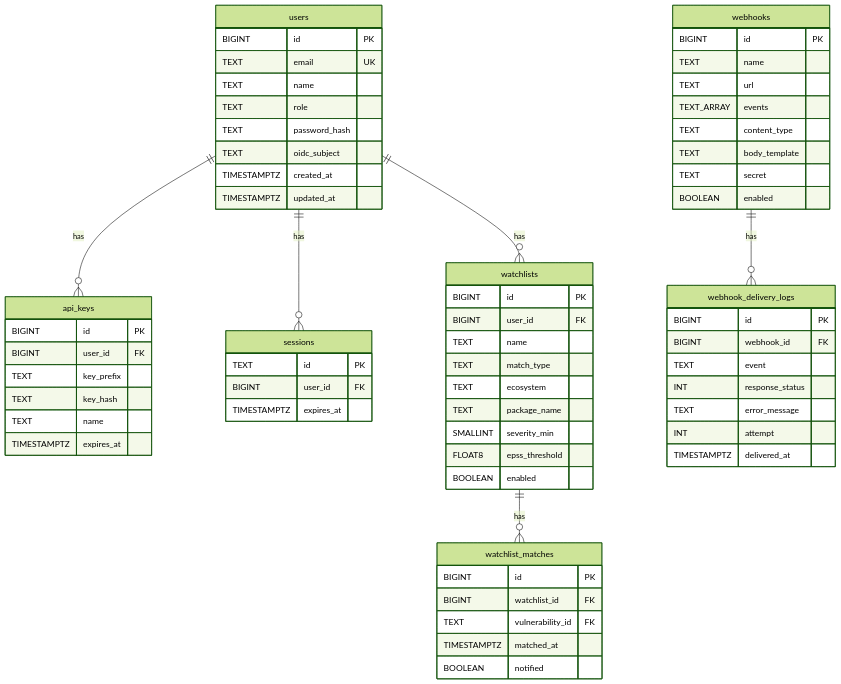
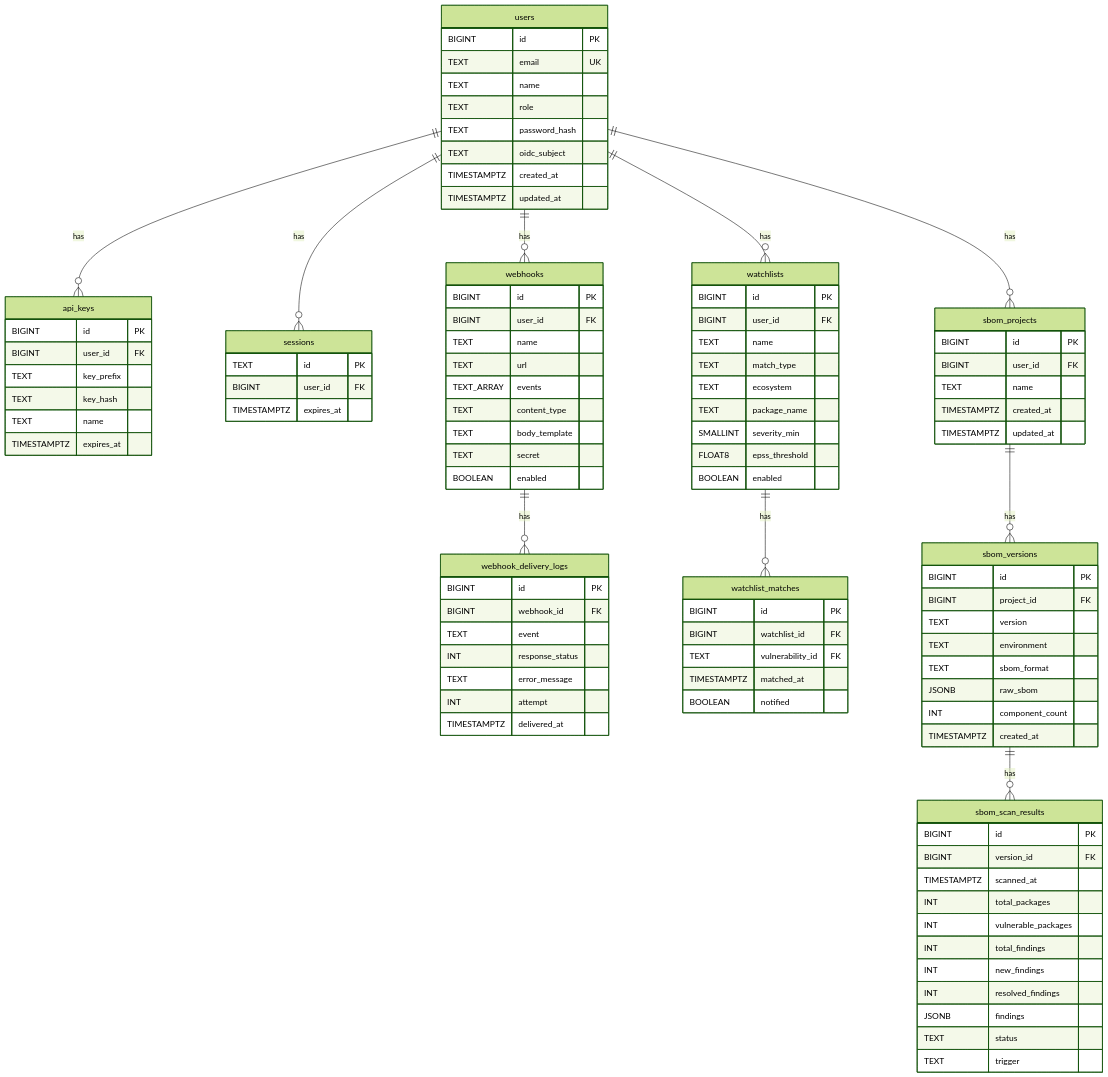
Before and after one commit to kato83/mayu: the eighth of 9 diagrams in .kiro/steering/erd.md, drawn with Mermaid (forest theme). The commit also changed other lines of this file and 4 other files, not shown here.

First line of the commit message:
feat: add SBOM continuous monitoring tables and webhook user_id column

````diff
--- a/.kiro/steering/erd.md
+++ b/.kiro/steering/erd.md
@@ -1026,6 +1064,7 @@
 
     webhooks {
         BIGINT id PK
+        BIGINT user_id FK
         TEXT name
         TEXT url
         TEXT_ARRAY events
@@ -1065,9 +1104,46 @@
         BOOLEAN notified
     }
 
+    sbom_projects {
+        BIGINT id PK
+        BIGINT user_id FK
+        TEXT name
+        TIMESTAMPTZ created_at
+        TIMESTAMPTZ updated_at
+    }
+
+    sbom_versions {
+        BIGINT id PK
+        BIGINT project_id FK
+        TEXT version
+        TEXT environment
+        TEXT sbom_format
+        JSONB raw_sbom
+        INT component_count
+        TIMESTAMPTZ created_at
+    }
+
+    sbom_scan_results {
+        BIGINT id PK
+        BIGINT version_id FK
+        TIMESTAMPTZ scanned_at
+        INT total_packages
+        INT vulnerable_packages
+        INT total_findings
+        INT new_findings
+        INT resolved_findings
+        JSONB findings
+        TEXT status
+        TEXT trigger
+    }
+
     users ||--o{ api_keys : "has"
     users ||--o{ sessions : "has"
+    users ||--o{ webhooks : "has"
     users ||--o{ watchlists : "has"
+    users ||--o{ sbom_projects : "has"
     webhooks ||--o{ webhook_delivery_logs : "has"
     watchlists ||--o{ watchlist_matches : "has"
+    sbom_projects ||--o{ sbom_versions : "has"
+    sbom_versions ||--o{ sbom_scan_results : "has"
 ```
````
